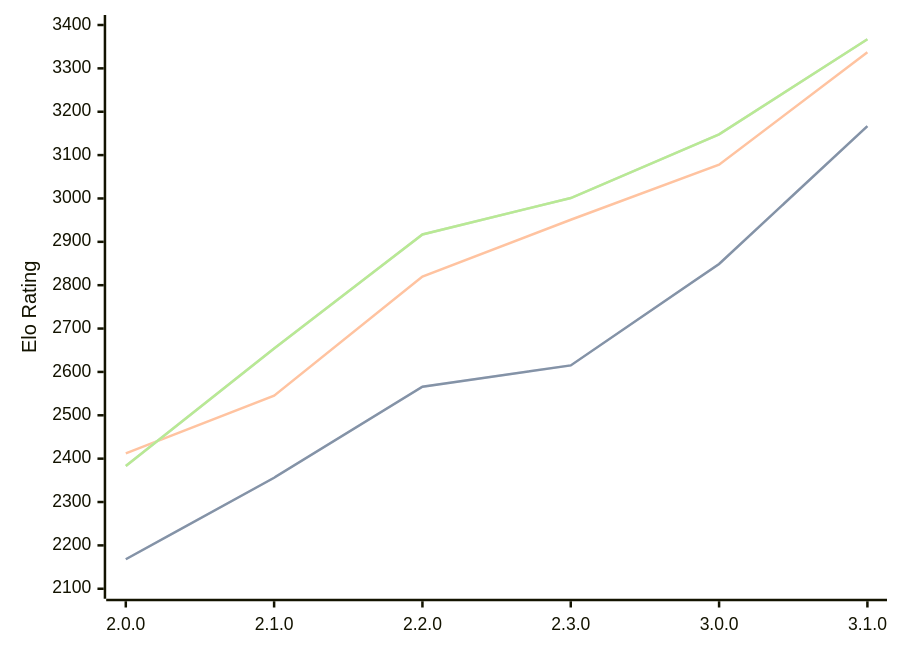
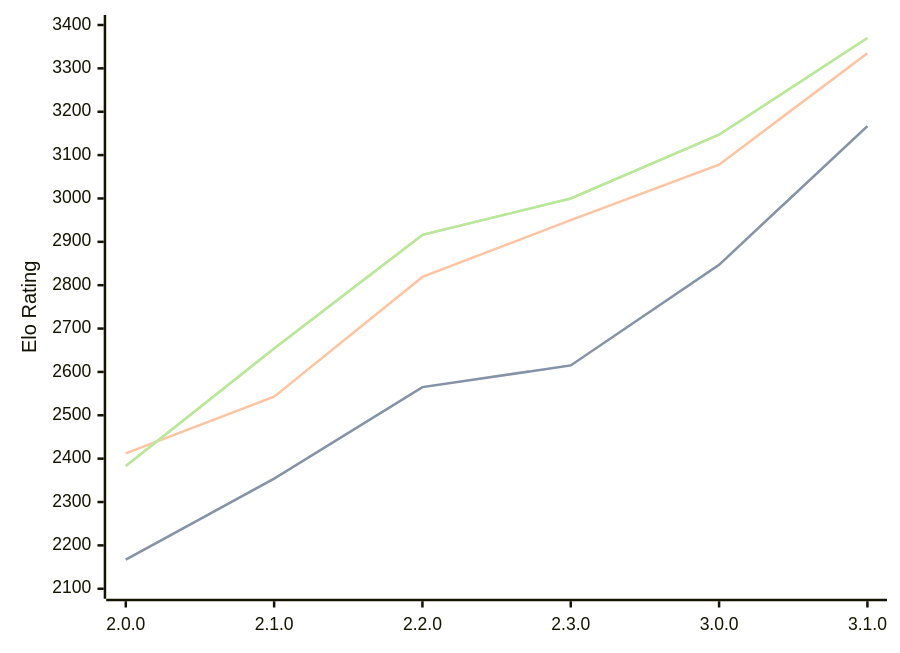
One commit to computer-chess-index/cci changed the diagram in engines/Raphael.md. Above: the diagram before and after it, drawn with Mermaid. The commit also changed other lines of this file, not shown here.

Commit message:
Update CCI Ratings (ELO VLTC) - 2026-03-08

````diff
--- a/engines/Raphael.md
+++ b/engines/Raphael.md
@@ -46,11 +46,11 @@
 ```mermaid
 %%{init: {"theme":"base","themeVariables":{"seriesColors:['#a3a3a3','#222221','#faa371']}}}%%
 xychart-beta
   x-axis ["2.0.0", "2.1.0", "2.2.0", "2.3.0", "3.0.0", "3.1.0"]
   y-axis "Elo Rating" 2100 --> 3400
-  line "STC (8.0+0.08s)" [2168, 2356, 2566, 2615, 2849, 3167]
-  line "STC (8.0+0.08s)" [2168, 2356, 2566, 2615, 2849, 3167]
-  line "LTC (60.0+0.60s)" [2412, 2545, 2820, 2951, 3078, 3337]
-  line "VLTC (2m24s+1.12s)" [2383, 2654, 2917, 3001, 3148, 3367]
-  line "VLTC (2m24s+1.12s)" [2383, 2654, 2917, 3001, 3148, 3367]
+  line "STC (8.0+0.08s)" [2167, 2354, 2565, 2615, 2847, 3167]
+  line "STC (8.0+0.08s)" [2167, 2354, 2565, 2615, 2847, 3167]
+  line "LTC (60.0+0.60s)" [2412, 2543, 2819, 2950, 3078, 3335]
+  line "VLTC (2m24s+1.12s)" [2383, 2654, 2916, 3000, 3147, 3370]
+  line "VLTC (2m24s+1.12s)" [2383, 2654, 2916, 3000, 3147, 3370]
 ```
````
